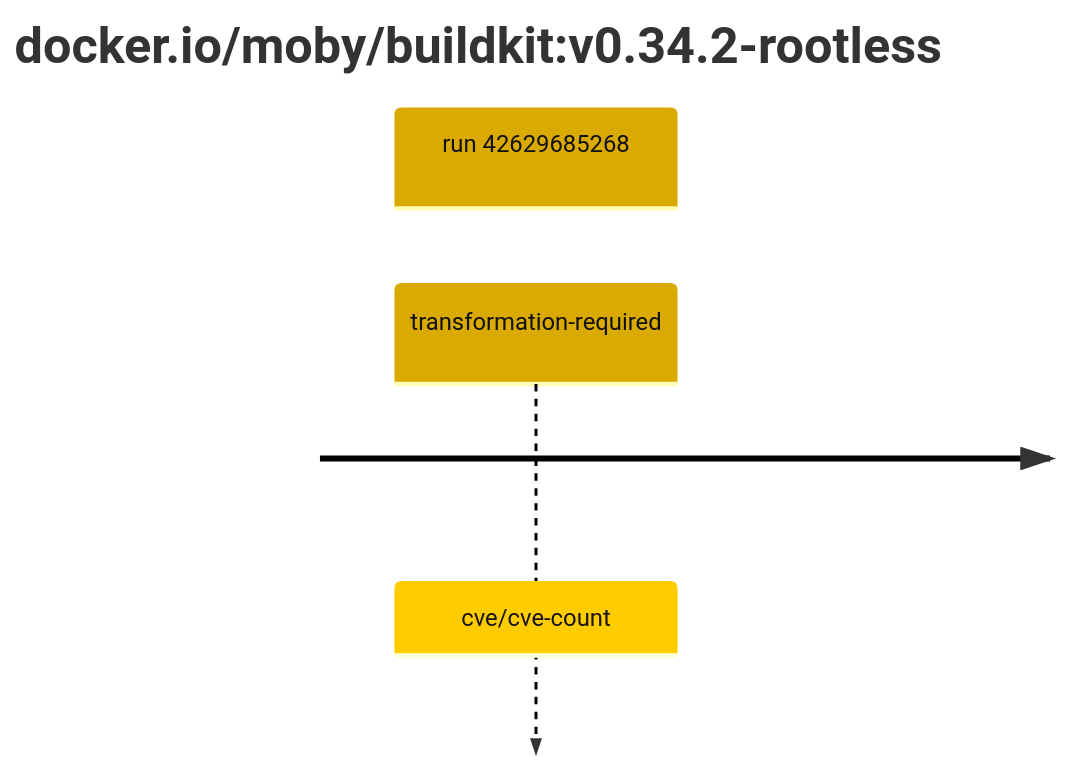
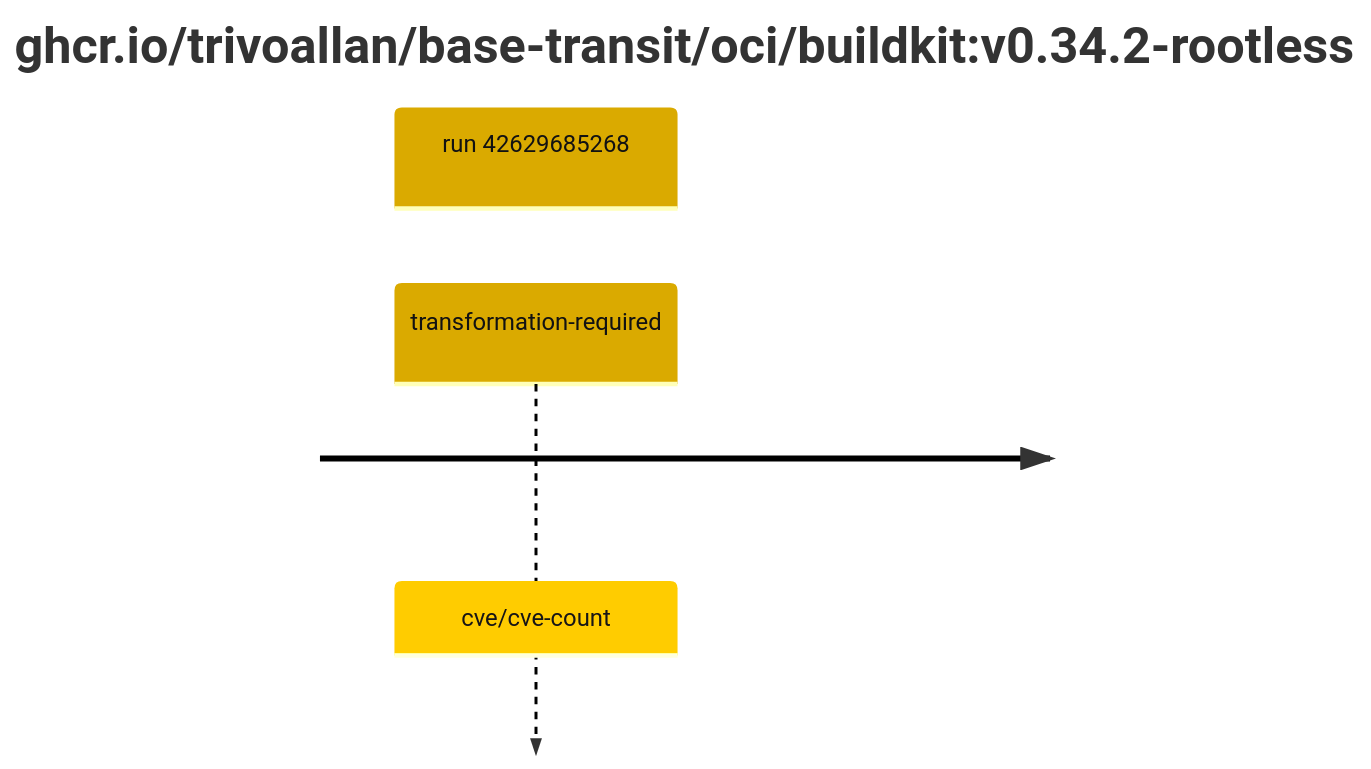
The second of 2 diagrams in results/reports/buildkit-0/sha256:c8252268760e1baba80780d63d738ef9f260fb7c7c0973c78494cb9ddd99eda1/42629685268-1.md (trivoallan/base-images), drawn with Mermaid before and after one commit. The commit also changed other lines of this file and 3 other files, not shown here.

````diff
--- a/results/reports/buildkit-0/sha256:c8252268760e1baba80780d63d738ef9f260fb7c7c0973c78494cb9ddd99eda1/42629685268-1.md
+++ b/results/reports/buildkit-0/sha256:c8252268760e1baba80780d63d738ef9f260fb7c7c0973c78494cb9ddd99eda1/42629685268-1.md
@@ -5,7 +24,7 @@
 ```mermaid
 %%{init: {"theme": "default", "themeVariables": {"cScale0": "#daaa00", "cScaleLabel0": "#121212"}}}%%
 timeline
-    title docker.io/moby/buildkit#58;v0.34.2-rootless
+    title ghcr.io/trivoallan/base-transit/oci/buildkit#58;v0.34.2-rootless
     section run 42629685268
         transformation-required : cve/cve-count
 ```
````
